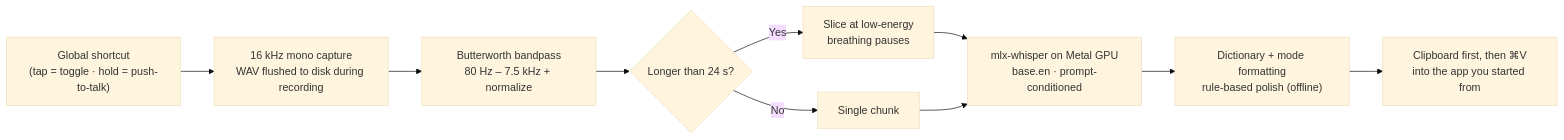
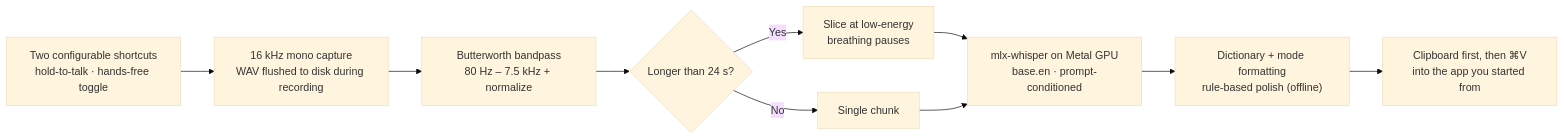
The first of 2 diagrams in README.md (abrar225/FixoFlow), drawn with Mermaid (base theme) before and after one commit. The commit also changed other lines of this file and 58 other files, not shown here.

````diff
--- a/README.md
+++ b/README.md
@@ -23,12 +32,12 @@
 ```mermaid
 flowchart LR
-    A["Global shortcut<br/>(tap = toggle · hold = push-to-talk)"] --> B["16 kHz mono capture<br/>WAV flushed to disk during recording"]
+    A["Two configurable shortcuts<br/>hold-to-talk · hands-free toggle"] --> B["16 kHz mono capture<br/>WAV flushed to disk during recording"]
     B --> C["Butterworth bandpass<br/>80 Hz – 7.5 kHz + normalize"]
     C --> D{"Longer than 24 s?"}
     D -- Yes --> E["Slice at low-energy<br/>breathing pauses"]
     D -- No --> F["Single chunk"]
     E --> G["mlx-whisper on Metal GPU<br/>base.en · prompt-conditioned"]
     F --> G
     G --> H["Dictionary + mode formatting<br/>rule-based polish (offline)"]
     H --> I["Clipboard first, then ⌘V<br/>into the app you started from"]
 ```
````
